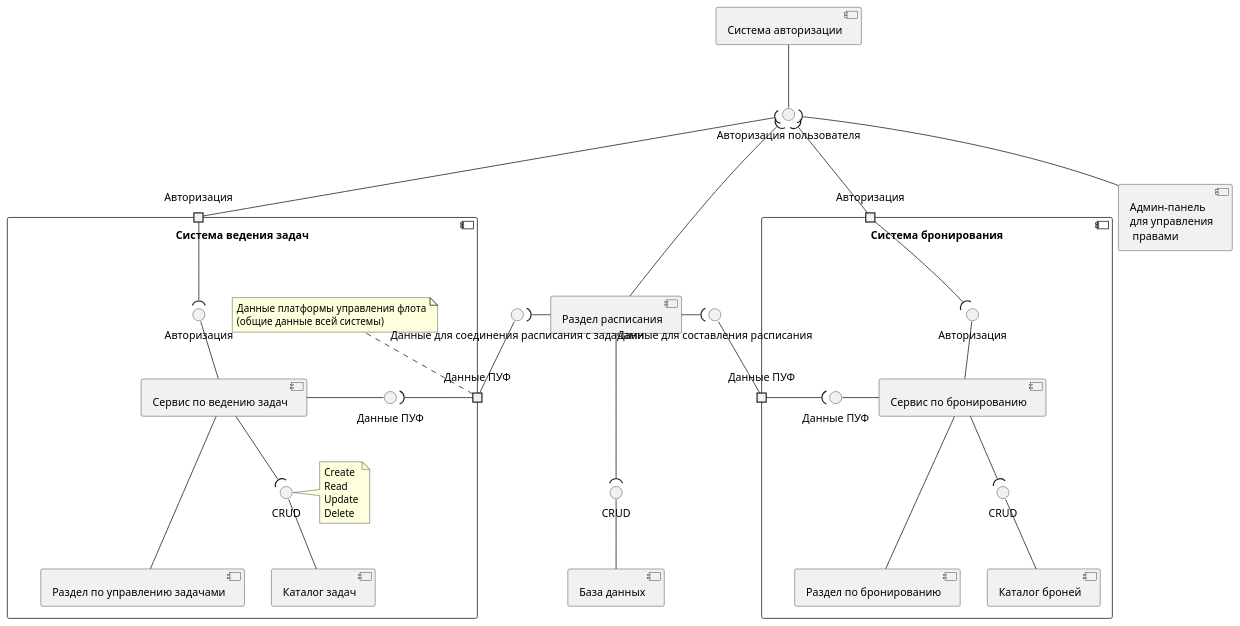
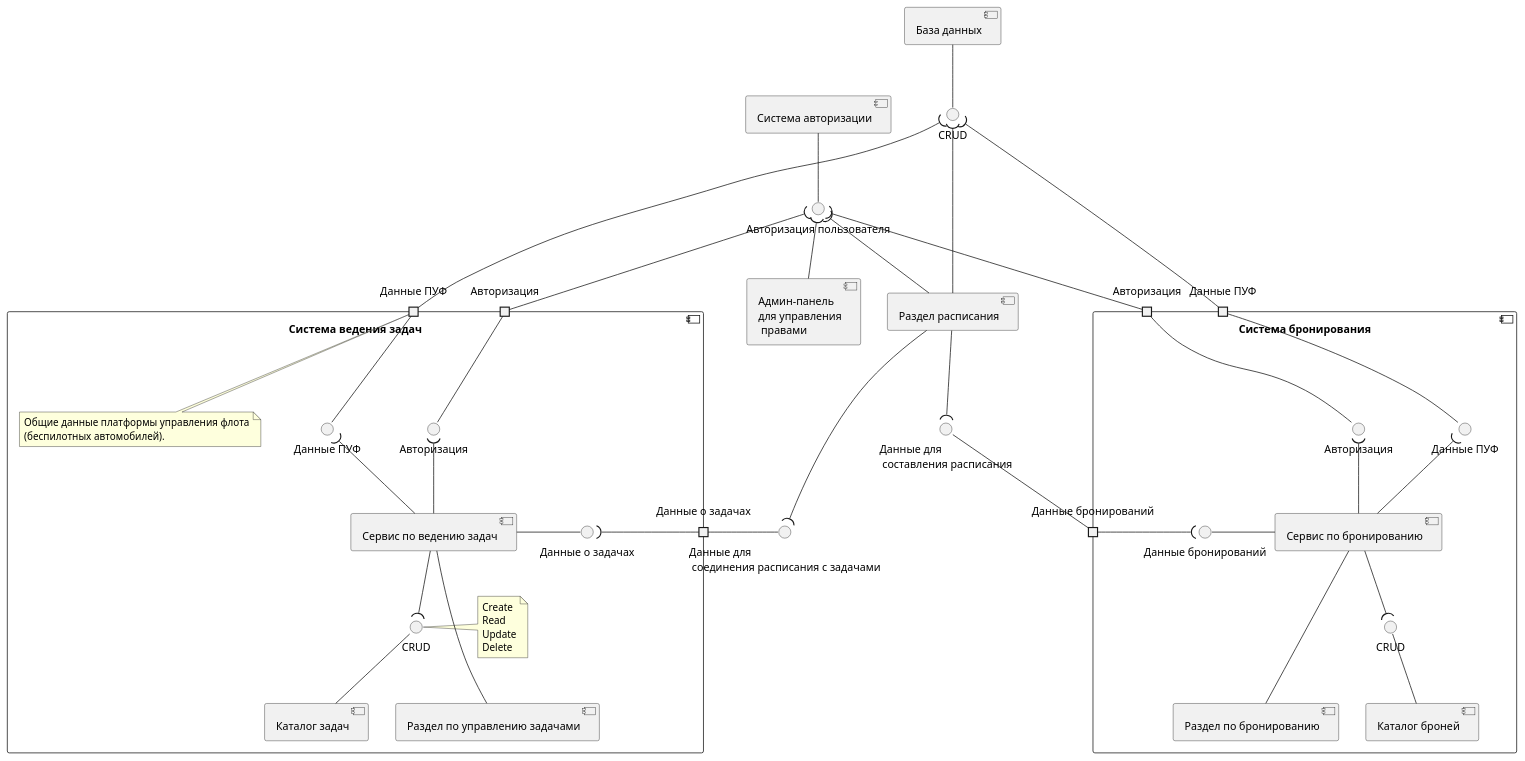
Before and after one commit to DeadlySquad13/t5-1-ObjectOrientedArchitecturing__Labs: the diagram in Lab2/Components.puml, drawn with PlantUML. The commit also changed 4 other files, not shown here.

Commit message:
[Enh](Components): Corrected diagram.

```diff
--- a/Lab2/Components.puml
+++ b/Lab2/Components.puml
@@ -1,120 +1,131 @@
 @startuml
 
+
+[База данных] as DB
+() "CRUD" as write
+
+[DB] -- write
+
 component "Система ведения задач" as Tasks {
+    portin "Данные ПУФ" as Tasks.inData
     portin "Авторизация" as Tasks.auth
-    portout "Данные ПУФ" as Tasks.data
+    portout "Данные о задачах" as Tasks.data
 
     [Каталог задач] as TaskDB
     [Раздел по управлению задачами] as TaskSection
     [Сервис по ведению задач] as TaskService
 
     () "CRUD" as taskWrite
     note right of taskWrite
         Create
         Read
         Update
         Delete
     end note
     () "Авторизация" as taskAuth
-    () "Данные ПУФ" as tasksData
-    note bottom of Tasks.data
-        Данные платформы управления флота
-        (общие данные всей системы)
+    () "Данные о задачах" as tasksData
+    () "Данные ПУФ" as tasksInData
+    note top of Tasks.inData
+        Общие данные платформы управления флота
+        (беспилотных автомобилей).
     end note
 
     [TaskService] --- [TaskSection]
 
-    Tasks.auth -( taskAuth
-    taskAuth -- [TaskService]
+    Tasks.auth -- taskAuth
+    taskAuth )-- [TaskService]
+
+    Tasks.inData -- tasksInData
+    tasksInData )-- [TaskService]
 
     [TaskService] -right- tasksData
     tasksData )- Tasks.data
 
     [TaskService] --( taskWrite
 
     taskWrite -- [TaskDB]
 }
+write )-- Tasks.inData
 
 [Раздел расписания] as ScheduleSection
-() "Данные для соединения расписания с задачами" as ScheduleSection.taskLinks
-ScheduleSection -left-( ScheduleSection.taskLinks
+() "Данные для\n соединения расписания с задачами" as ScheduleSection.taskLinks
+ScheduleSection --( ScheduleSection.taskLinks
 
 Tasks.data -left- ScheduleSection.taskLinks
 
 component "Система бронирования" as Reservations {
     portin "Авторизация" as Reservations.auth
-    portout "Данные ПУФ" as Reservations.data
+    portin "Данные ПУФ" as Reservations.inData
+    portout "Данные бронирований" as Reservations.data
 
     [Каталог броней] as ReservationDB
     [Раздел по бронированию] as ReservationSection
     [Сервис по бронированию] as ReservationService
 
     () "CRUD" as reservationWrite
     () "Авторизация" as reservationAuth
-    () "Данные ПУФ" as reservationsData
+    () "Данные ПУФ" as reservationsInData
+    () "Данные бронирований" as reservationsData
 
     [ReservationService] --- [ReservationSection]
 
-    Reservations.auth -( reservationAuth
-    reservationAuth -- [ReservationService]
+    Reservations.auth -- reservationAuth
+    reservationAuth )-- [ReservationService]
+
+    Reservations.inData -- reservationsInData
+    reservationsInData )-- [ReservationService]
 
     [ReservationService] -left- reservationsData
     reservationsData )- Reservations.data
 
     [ReservationService] --( reservationWrite
 
     reservationWrite -- [ReservationDB]
 }
+write )-- Reservations.inData
 
-() "Данные для составления расписания" as ScheduleSection.data
-ScheduleSection -right-( ScheduleSection.data
+() "Данные для\n составления расписания" as ScheduleSection.data
+ScheduleSection --( ScheduleSection.data
 
-ScheduleSection.data -- Reservations.data
-
+ScheduleSection.data -down- Reservations.data
 
 ' component "Система авторизации" as A {
 '     ' Made it 'out' so that it's in the bottom.
 '     portout "Данные пользователя" as A.loginData
 '     portout "Результат авторизации" as A.result
 
 '     [Система шифрования\n и защиты данных]  as Defender
 '     () "Зашифрованные\n данные" as encryptedData
 '     [Авторизация] as AuthService
 
 '     () "Логин, пароль" as loginData
 '     () "Ошибка / токен" as result
 
 '     A.loginData --( loginData
 '     loginData -- [Defender]
 
 '     [Defender] -right- encryptedData
 '     encryptedData )- [AuthService]
 
 '     [AuthService] -- result
 '     result )-- A.result
 ' }
 
 [Система авторизации] as A
 
 [Админ-панель\nдля управления\n правами] as AdminPanel
 () "Авторизация пользователя" as a
 
 [A] -- a
 
 a )-- Tasks.auth
 a )-- Reservations.auth
 a )-- [ScheduleSection]
 a )-- [AdminPanel]
 
-() "CRUD" as write
-
 ' Tasks.data --( write
 ' Reservations.data --( write
-[ScheduleSection] ---( write
+write )--- [ScheduleSection]
 ' [AdminPanel] --( write
 
-[База данных] as DB
-
-write -down- [DB]
-
 @enduml
```
